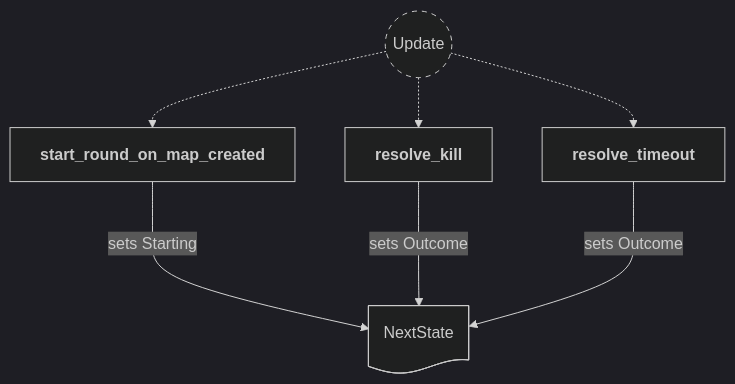
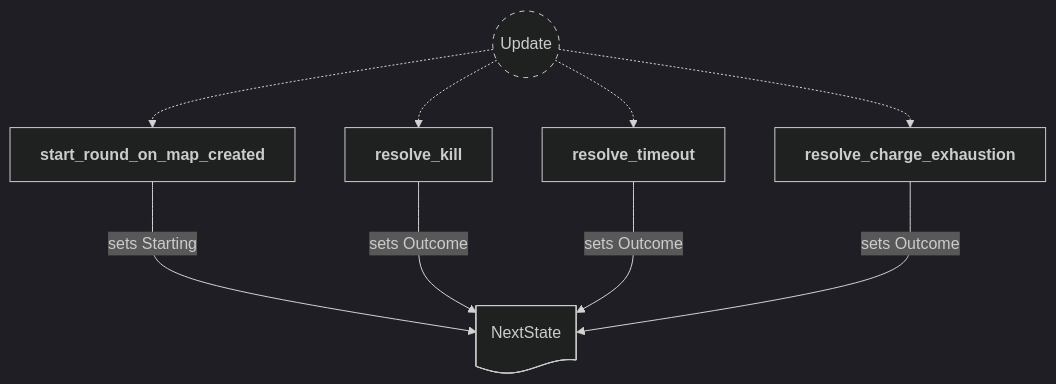
Before and after one commit to neurosoup/tyled: the eighth of 9 diagrams in backlog/docs/doc-15 - 013-Round-plugin.md, drawn with Mermaid. The commit also changed other lines of this file and 1 other file, not shown here.

First line of the commit message:
Feat: end round on charge exhaustion with winner-by-standing resolution

````diff
--- a/backlog/docs/doc-15 - 013-Round-plugin.md
+++ b/backlog/docs/doc-15 - 013-Round-plugin.md
@@ -339,24 +369,27 @@
 ```mermaid
 ---
 config:
   theme: dark
 ---
 
 flowchart TD
 classDef system-group stroke-dasharray: 5 5
 
 update(("`Update`")):::system-group
 start_round_on_map_created["`**start_round_on_map_created**`"]
 resolve_kill["`**resolve_kill**`"]
 resolve_timeout["`**resolve_timeout**`"]
+resolve_charge_exhaustion["`**resolve_charge_exhaustion**`"]
 
 update -.-> start_round_on_map_created
 update -.-> resolve_kill
 update -.-> resolve_timeout
+update -.-> resolve_charge_exhaustion
 
 next_state_res@{ shape: doc, label: "NextState<RoundPhase>" }
 
 start_round_on_map_created ---> |sets Starting| next_state_res
 resolve_kill ---> |sets Outcome| next_state_res
 resolve_timeout ---> |sets Outcome| next_state_res
+resolve_charge_exhaustion ---> |sets Outcome| next_state_res
 ```
````
